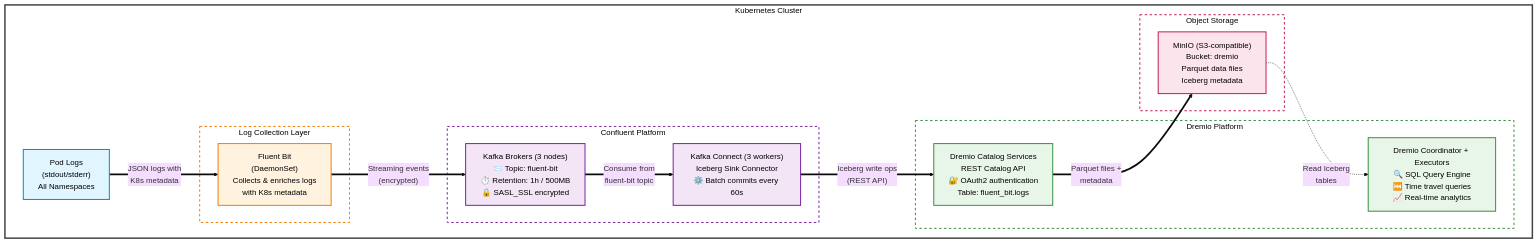
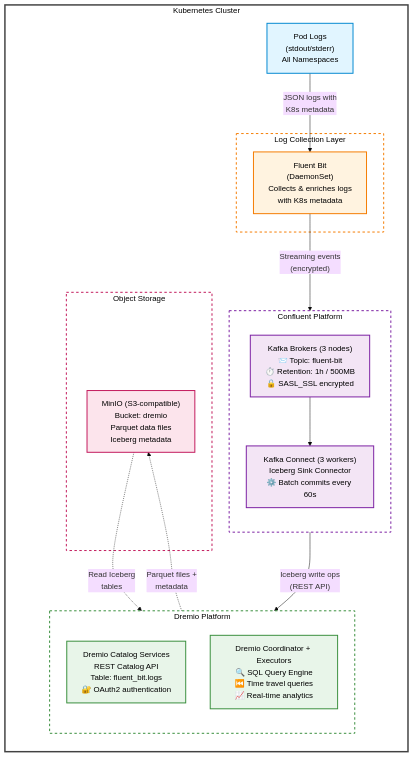
One commit to carlos-ffs/confluent-dremio-flink-logs changed the diagram in README.md. Above: the diagram before and after it, drawn with Mermaid (base theme).

Commit message:
improve doc

````diff
--- a/README.md
+++ b/README.md
@@ -45,45 +45,48 @@
 ```mermaid
-graph TB
+graph TD
     subgraph k8s["Kubernetes Cluster"]
+        direction TB
         pods["Pod Logs<br/>(stdout/stderr)<br/>All Namespaces"]
 
         subgraph fluent["Log Collection Layer"]
             fb["Fluent Bit<br/>(DaemonSet)<br/>Collects & enriches logs<br/>with K8s metadata"]
         end
 
         subgraph confluent["Confluent Platform"]
+            direction TB
             kafka["Kafka Brokers (3 nodes)<br/>📨 Topic: fluent-bit<br/>⏱️ Retention: 1h / 500MB<br/>🔒 SASL_SSL encrypted"]
             connect["Kafka Connect (3 workers)<br/>Iceberg Sink Connector<br/>⚙️ Batch commits every 60s"]
+            kafka --> connect
         end
 
         subgraph dremio["Dremio Platform"]
-            catalog["Dremio Catalog Services<br/>REST Catalog API<br/>🔐 OAuth2 authentication<br/>Table: fluent_bit.logs"]
+            direction TB
+            catalog["Dremio Catalog Services<br/>REST Catalog API<br/>Table: fluent_bit.logs <br/>🔐 OAuth2 authentication"]
             coordinator["Dremio Coordinator + Executors<br/>🔍 SQL Query Engine<br/>⏮️ Time travel queries<br/>📈 Real-time analytics"]
         end
 
         subgraph storage["Object Storage"]
             minio["MinIO (S3-compatible)<br/>Bucket: dremio<br/>Parquet data files<br/>Iceberg metadata"]
         end
     end
 
-    pods ==>|"JSON logs with<br/>K8s metadata"| fb
-    fb ==>|"Streaming events<br/>(encrypted)"| kafka
-    kafka ==>|"Consume from<br/>fluent-bit topic"| connect
-    connect ==>|"Iceberg write ops<br/>(REST API)"| catalog
-    catalog ==>|"Parquet files +<br/>metadata"| minio
+    pods -->|"JSON logs with<br/>K8s metadata"| fb
+    fb -->|"Streaming events<br/>(encrypted)"| kafka
+    connect -->|"Iceberg write ops<br/>(REST API)"| catalog
+    catalog -.->|"Parquet files +<br/>metadata"| minio
     minio -.->|"Read Iceberg<br/>tables"| coordinator
 
     style pods fill:#e1f5ff,stroke:#0288d1,stroke-width:2px,color:#000
     style fb fill:#fff3e0,stroke:#f57c00,stroke-width:2px,color:#000
     style kafka fill:#f3e5f5,stroke:#7b1fa2,stroke-width:2px,color:#000
     style connect fill:#f3e5f5,stroke:#7b1fa2,stroke-width:2px,color:#000
     style catalog fill:#e8f5e9,stroke:#388e3c,stroke-width:2px,color:#000
     style coordinator fill:#e8f5e9,stroke:#388e3c,stroke-width:2px,color:#000
     style minio fill:#fce4ec,stroke:#c2185b,stroke-width:2px,color:#000
 
     style k8s fill:none,stroke:#424242,stroke-width:3px,color:#000
     style fluent fill:none,stroke:#f57c00,stroke-width:2px,stroke-dasharray: 5 5,color:#000
     style confluent fill:none,stroke:#7b1fa2,stroke-width:2px,stroke-dasharray: 5 5,color:#000
     style dremio fill:none,stroke:#388e3c,stroke-width:2px,stroke-dasharray: 5 5,color:#000
     style storage fill:none,stroke:#c2185b,stroke-width:2px,stroke-dasharray: 5 5,color:#000
 ```
````
